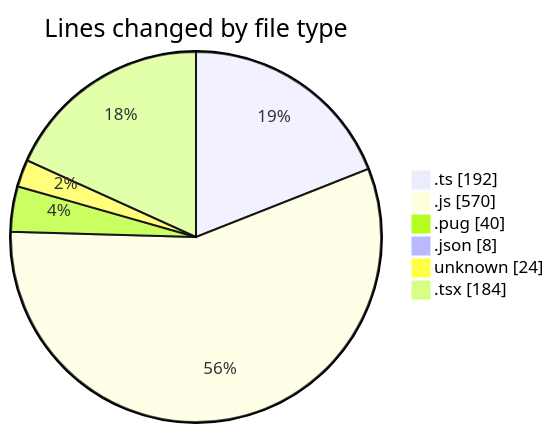
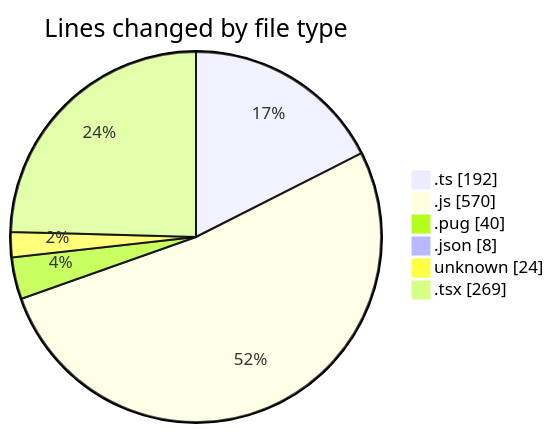
The first of 2 diagrams in 2025-02-25/cda/README.md (momahboobian/code-tracking), drawn with Mermaid before and after one commit. The commit also changed other lines of this file and 1 other file, not shown here.

````diff
--- a/2025-02-25/cda/README.md
+++ b/2025-02-25/cda/README.md
@@ -31,10 +31,10 @@
 ```mermaid
 pie showData
 title Lines changed by file type
 ".ts" : 192
 ".js" : 570
 ".pug" : 40
 ".json" : 8
 "unknown" : 24
-".tsx" : 184
+".tsx" : 269
 ```
````
